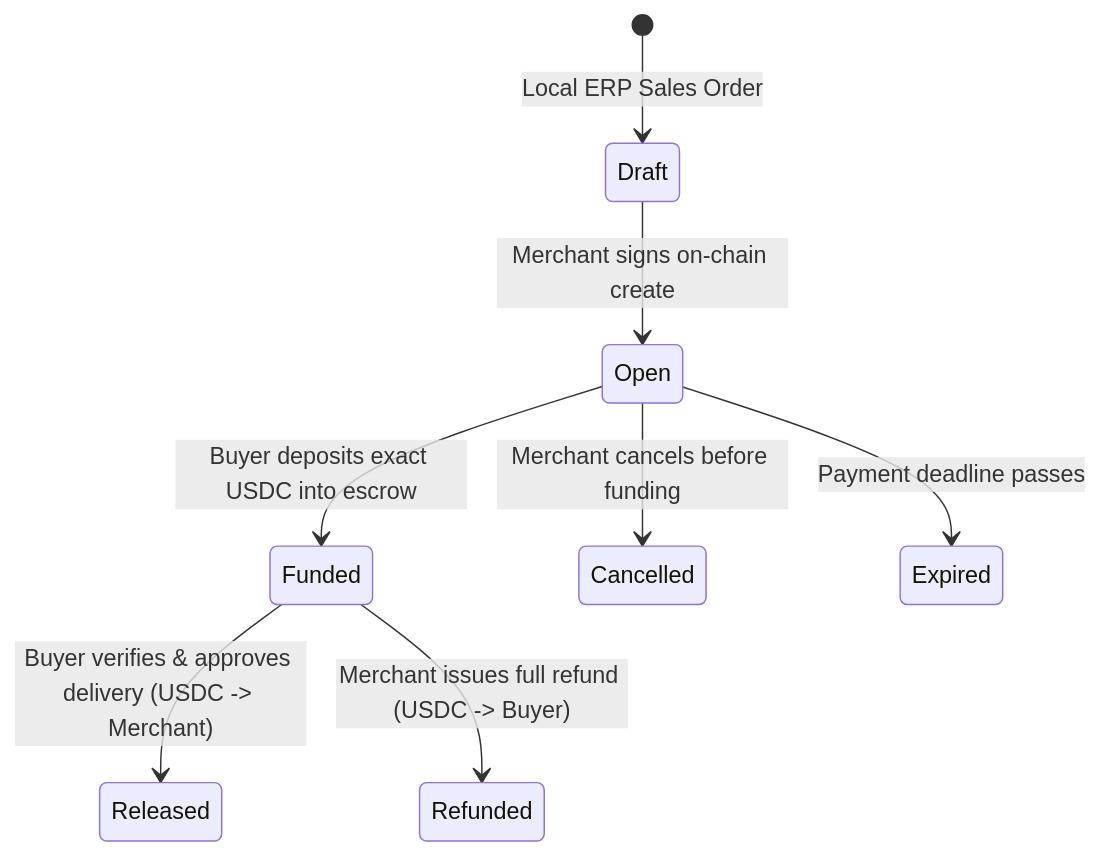
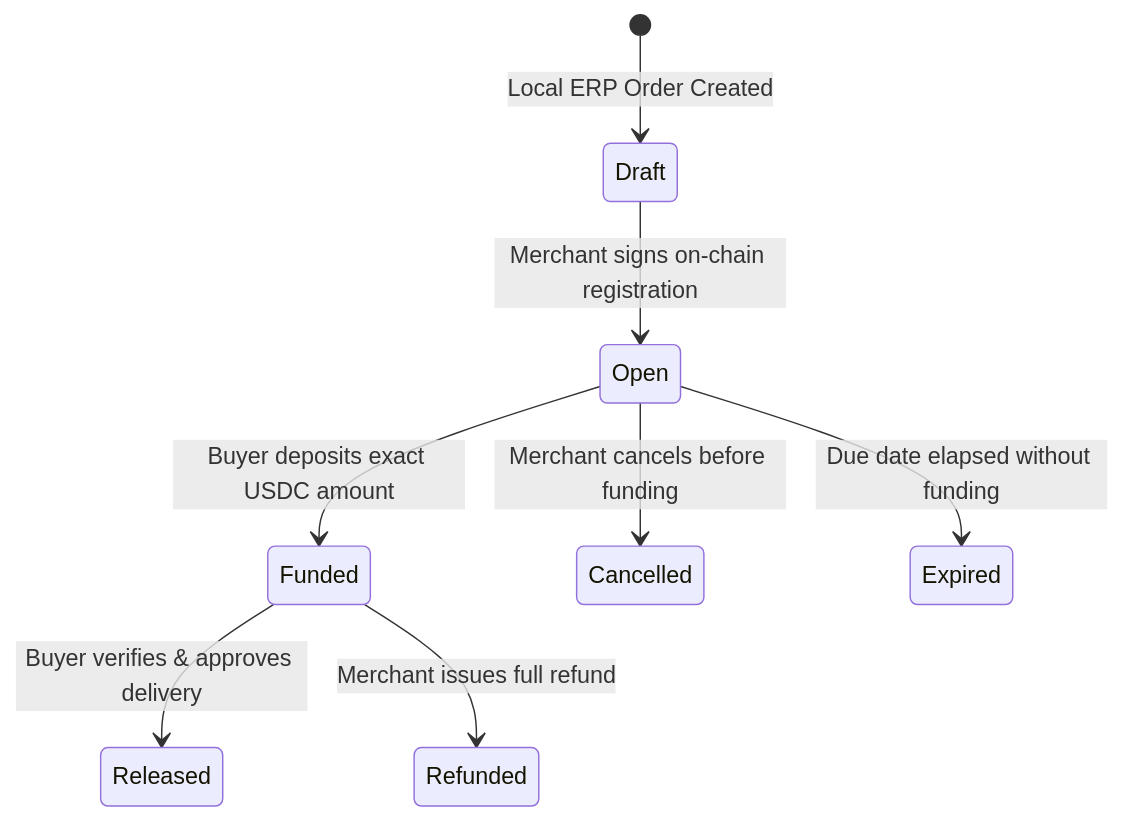
The third of 3 diagrams in README.md (ugurrcoskun/Centerp), drawn with Mermaid before and after one commit. The commit also changed other lines of this file, not shown here.

Commit message:
docs: restructure README from high-level problem to technical depth without AI tropes

````diff
--- a/README.md
+++ b/README.md
@@ -180,10 +147,10 @@
 ```mermaid
 stateDiagram-v2
-    [*] --> Draft: Local ERP Sales Order
-    Draft --> Open: Merchant signs on-chain create
-    Open --> Funded: Buyer deposits exact USDC into escrow
+    [*] --> Draft: Local ERP Order Created
+    Draft --> Open: Merchant signs on-chain registration
+    Open --> Funded: Buyer deposits exact USDC amount
     Open --> Cancelled: Merchant cancels before funding
-    Open --> Expired: Payment deadline passes
-    Funded --> Released: Buyer verifies & approves delivery (USDC -> Merchant)
-    Funded --> Refunded: Merchant issues full refund (USDC -> Buyer)
+    Open --> Expired: Due date elapsed without funding
+    Funded --> Released: Buyer verifies & approves delivery
+    Funded --> Refunded: Merchant issues full refund
 ```
````
